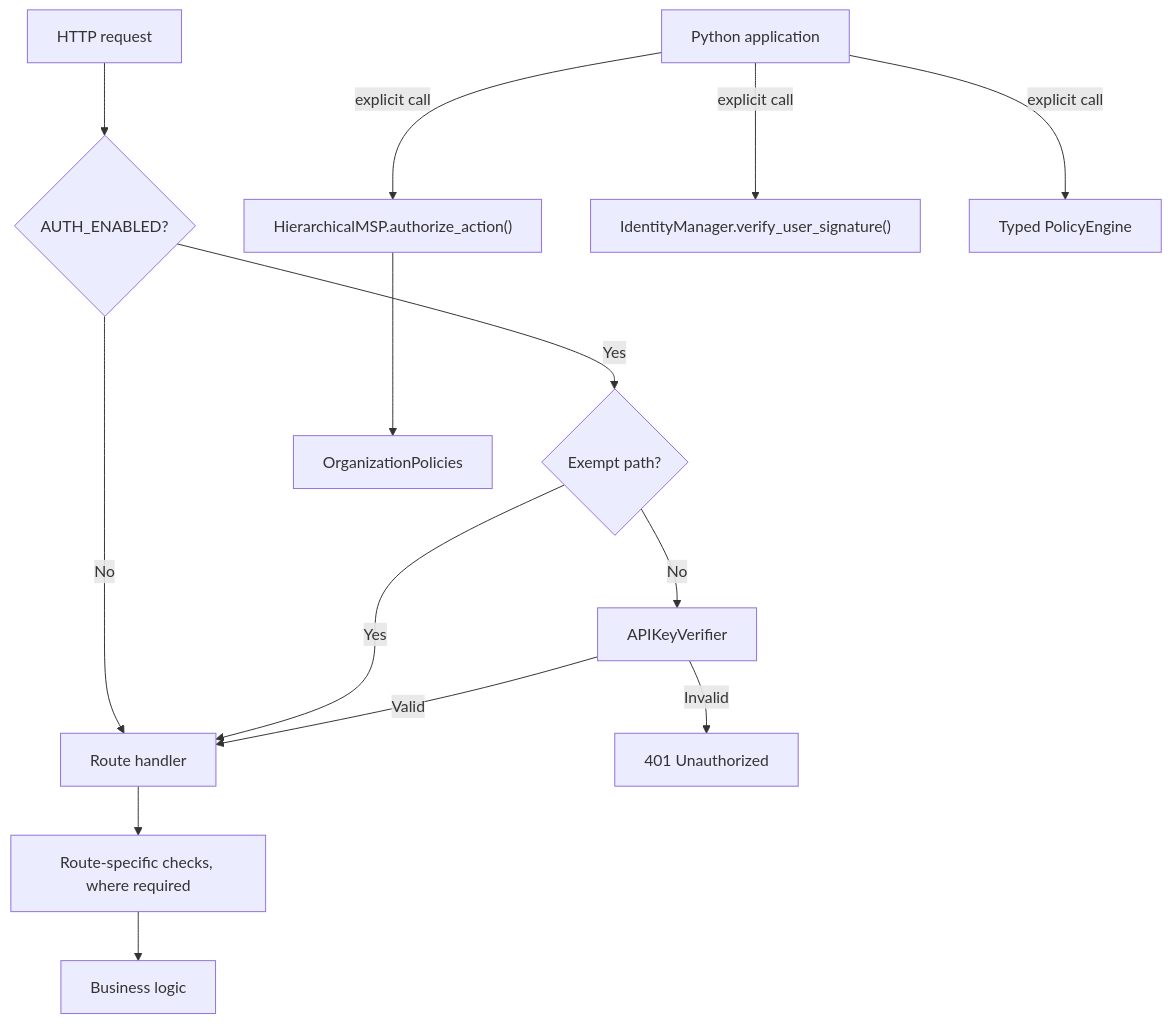
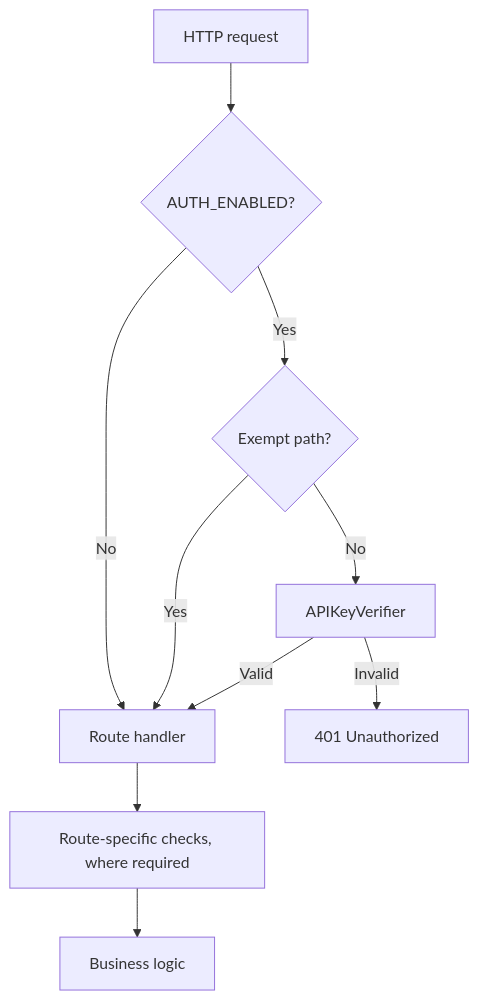
One commit to VanDung-dev/HieraChain changed the diagram in docs/en/security/authorization-access-control.md. Above: the diagram before and after it, drawn with Mermaid. The commit also changed other lines of this file and 87 other files, not shown here.

````diff
--- a/docs/en/security/authorization-access-control.md
+++ b/docs/en/security/authorization-access-control.md
@@ -60,16 +28,12 @@
 ```mermaid
 graph TD
     Request[HTTP request] --> Auth{AUTH_ENABLED?}
     Auth -- No --> Route[Route handler]
     Auth -- Yes --> Exempt{Exempt path?}
     Exempt -- Yes --> Route
     Exempt -- No --> Verify[APIKeyVerifier]
     Verify -- Invalid --> Error401[401 Unauthorized]
     Verify -- Valid --> Route
     Route --> Permission[Route-specific checks, where required]
     Permission --> Business[Business logic]
-    PythonApp[Python application] -->|explicit call| MSP["HierarchicalMSP.authorize_action()"]
-    MSP --> OrgPolicies[OrganizationPolicies]
-    PythonApp -->|explicit call| Signature["IdentityManager.verify_user_signature()"]
-    PythonApp -->|explicit call| Policy[Typed PolicyEngine]
 ```
````
